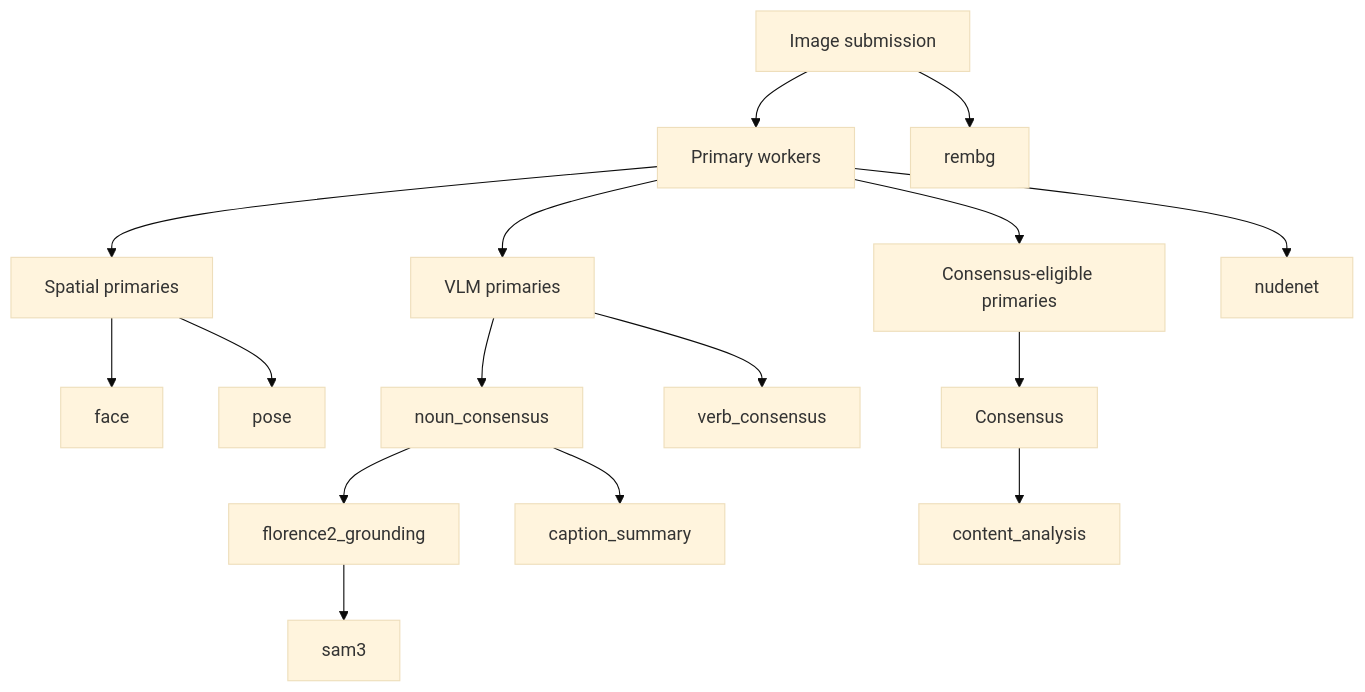
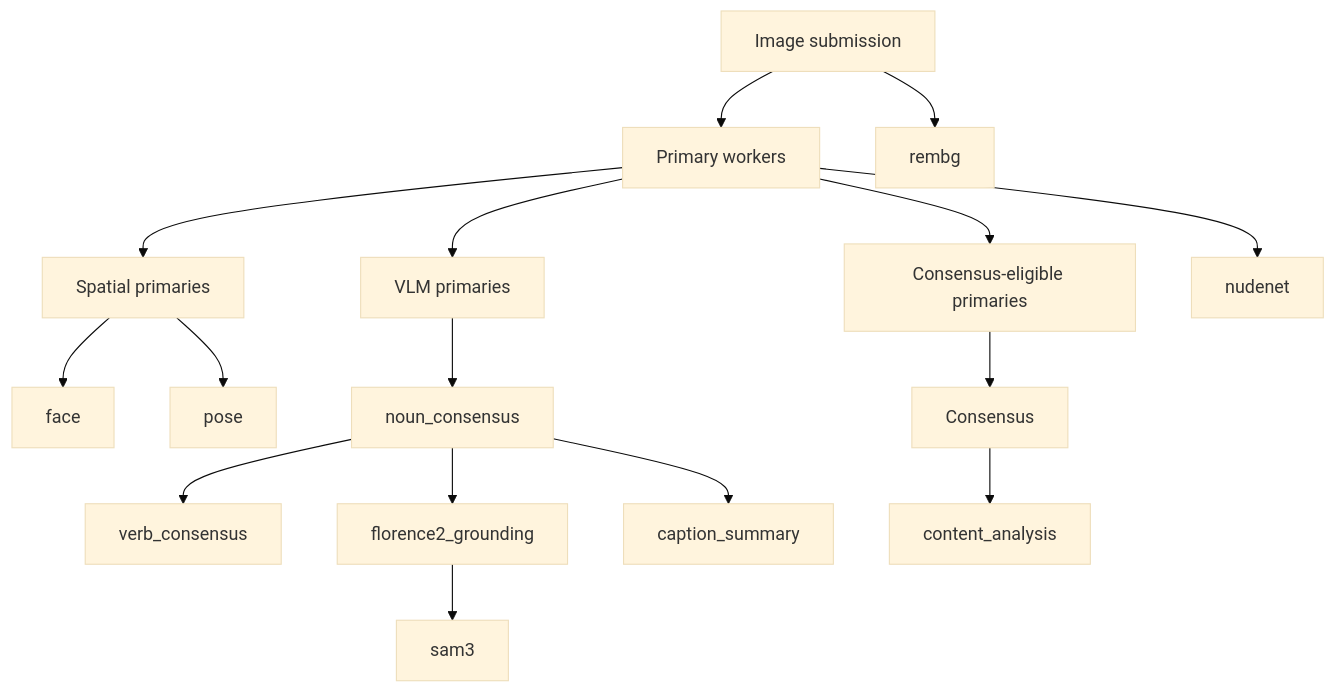
Before and after one commit to ice9innovations/windmill: the diagram in docs/workflow.md, drawn with Mermaid (base theme). The commit also changed other lines of this file and 11 other files, not shown here.

Commit message:
Removed verb consensus worker

````diff
--- a/docs/workflow.md
+++ b/docs/workflow.md
@@ -29,24 +29,24 @@
 ```mermaid
 flowchart TD
     Submit[Image submission]
 
     Submit --> PrimaryWorkers[Primary workers]
 
     PrimaryWorkers --> Spatial[Spatial primaries]
     PrimaryWorkers --> VLM[VLM primaries]
     PrimaryWorkers --> ConsensusEligible[Consensus-eligible primaries]
     PrimaryWorkers --> Nudenet[nudenet]
 
     Spatial --> Face[face]
     Spatial --> Pose[pose]
 
     VLM --> Noun[noun_consensus]
-    VLM --> Verb[verb_consensus]
 
     ConsensusEligible --> Consensus
+    Noun --> Verb[verb_consensus]
     Noun --> Grounding[florence2_grounding]
     Noun --> CaptionSummary[caption_summary]
     Grounding --> Sam3[sam3]
     Consensus --> ContentAnalysis[content_analysis]
     Submit --> Rembg[rembg]
 ```
````
